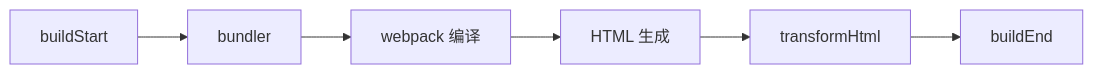
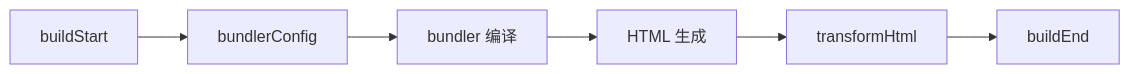
One commit to afx-team/evjs changed the diagram in docs/i18n/zh-Hans/docusaurus-plugin-content-docs/current/plugins.md. Above: the diagram before and after it, drawn with Mermaid. The commit also changed other lines of this file and 2 other files, not shown here.

Commit message:
docs(i18n): update zh-Hans docs for bundlerConfig and utoopack

````diff
--- a/docs/i18n/zh-Hans/docusaurus-plugin-content-docs/current/plugins.md
+++ b/docs/i18n/zh-Hans/docusaurus-plugin-content-docs/current/plugins.md
@@ -63,8 +63,8 @@
 ```mermaid
 flowchart LR
-    A[buildStart] --> B[bundler]
-    B --> C["webpack 编译"]
+    A[buildStart] --> B[bundlerConfig]
+    B --> C["bundler 编译"]
     C --> D["HTML 生成"]
     D --> E[transformHtml]
     E --> F[buildEnd]
 ```
````
